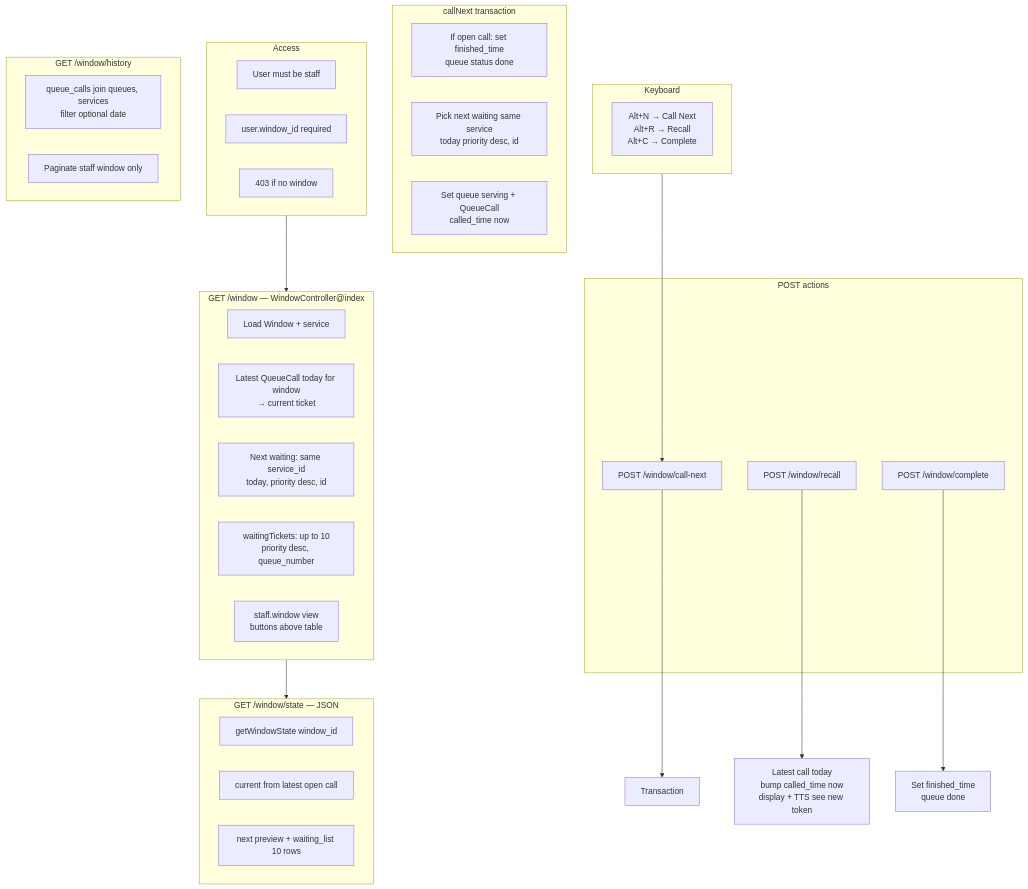
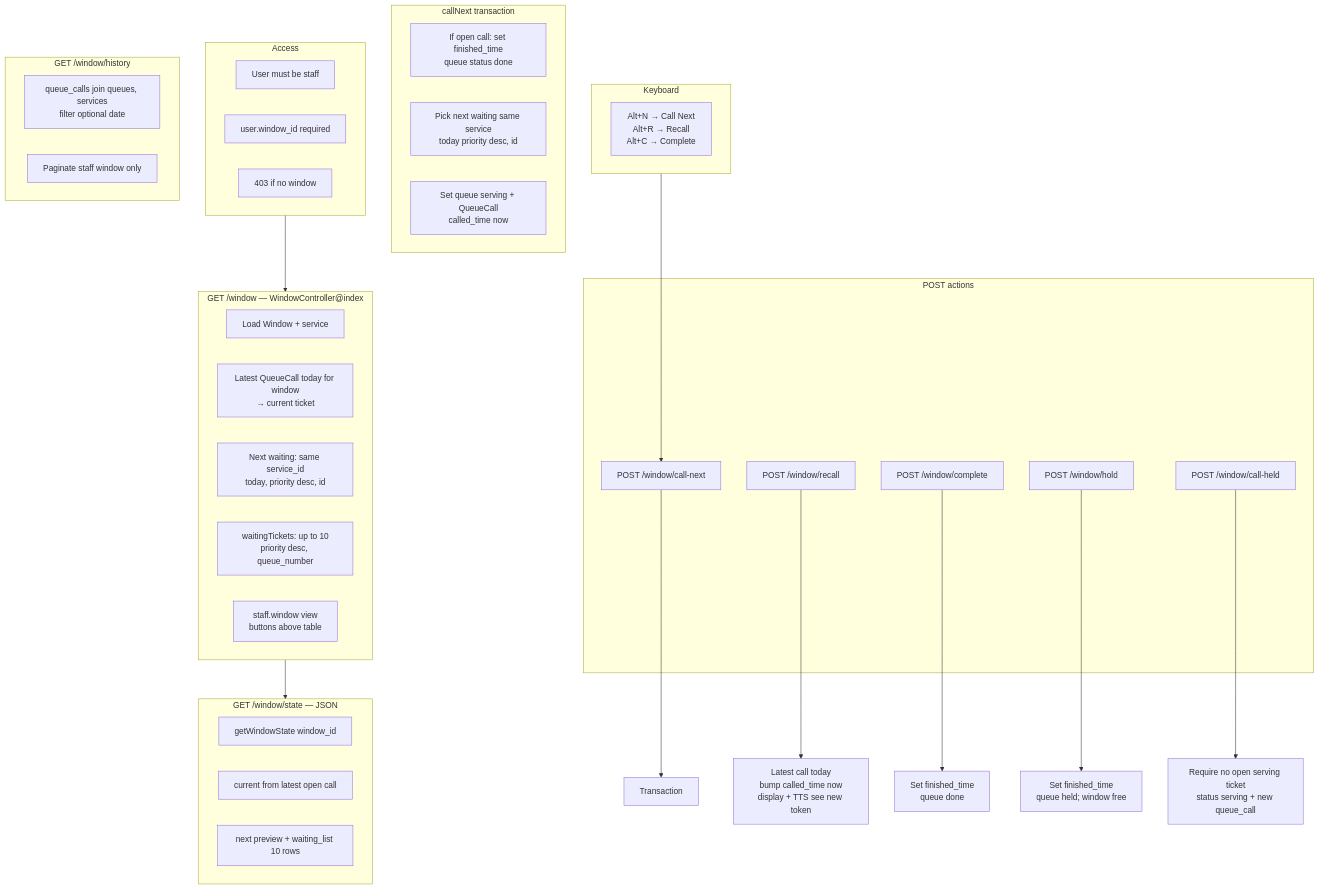
The sixth of 12 diagrams in docs/system-flowchart.md (rhems95/queuing-system), drawn with Mermaid before and after one commit. The commit also changed other lines of this file and 31 other files, not shown here.

First line of the commit message:
Add student ID confirm, Hold, and window-scoped cashier serving.

````diff
--- a/docs/system-flowchart.md
+++ b/docs/system-flowchart.md
@@ -169,51 +170,56 @@
 ```mermaid
 flowchart TD
     subgraph Gate["Access"]
         U1["User must be staff"]
         U2["user.window_id required"]
         U3["403 if no window"]
     end
 
     subgraph Page["GET /window — WindowController@index"]
         P1["Load Window + service"]
         P2["Latest QueueCall today for window<br/>→ current ticket"]
         P3["Next waiting: same service_id<br/>today, priority desc, id"]
         P4["waitingTickets: up to 10<br/>priority desc, queue_number"]
         P5["staff.window view<br/>buttons above table"]
     end
     Gate --> Page
 
     subgraph Poll["GET /window/state — JSON"]
         S1["getWindowState window_id"]
         S2["current from latest open call"]
         S3["next preview + waiting_list 10 rows"]
     end
     Page --> Poll
 
     subgraph Actions["POST actions"]
         CN["POST /window/call-next"]
         RC["POST /window/recall"]
         CP["POST /window/complete"]
+        HD["POST /window/hold"]
+        CH["POST /window/call-held"]
     end
 
     CN --> CNstep["Transaction"]
     subgraph CallNextTx["callNext transaction"]
         X1["If open call: set finished_time<br/>queue status done"]
         X2["Pick next waiting same service<br/>today priority desc, id"]
         X3["Set queue serving + QueueCall<br/>called_time now"]
     end
 
     RC --> RC1["Latest call today<br/>bump called_time now<br/>display + TTS see new token"]
 
     CP --> CP1["Set finished_time<br/>queue done"]
 
+    HD --> HD1["Set finished_time<br/>queue held; window free"]
+    CH --> CH1["Require no open serving ticket<br/>status serving + new queue_call"]
+
     subgraph Shortcut["Keyboard"]
         K1["Alt+N → Call Next<br/>Alt+R → Recall<br/>Alt+C → Complete"]
     end
     Shortcut --> CN
 
     subgraph StaffHistory["GET /window/history"]
         H1["queue_calls join queues, services<br/>filter optional date"]
         H2["Paginate staff window only"]
     end
 ```
````
